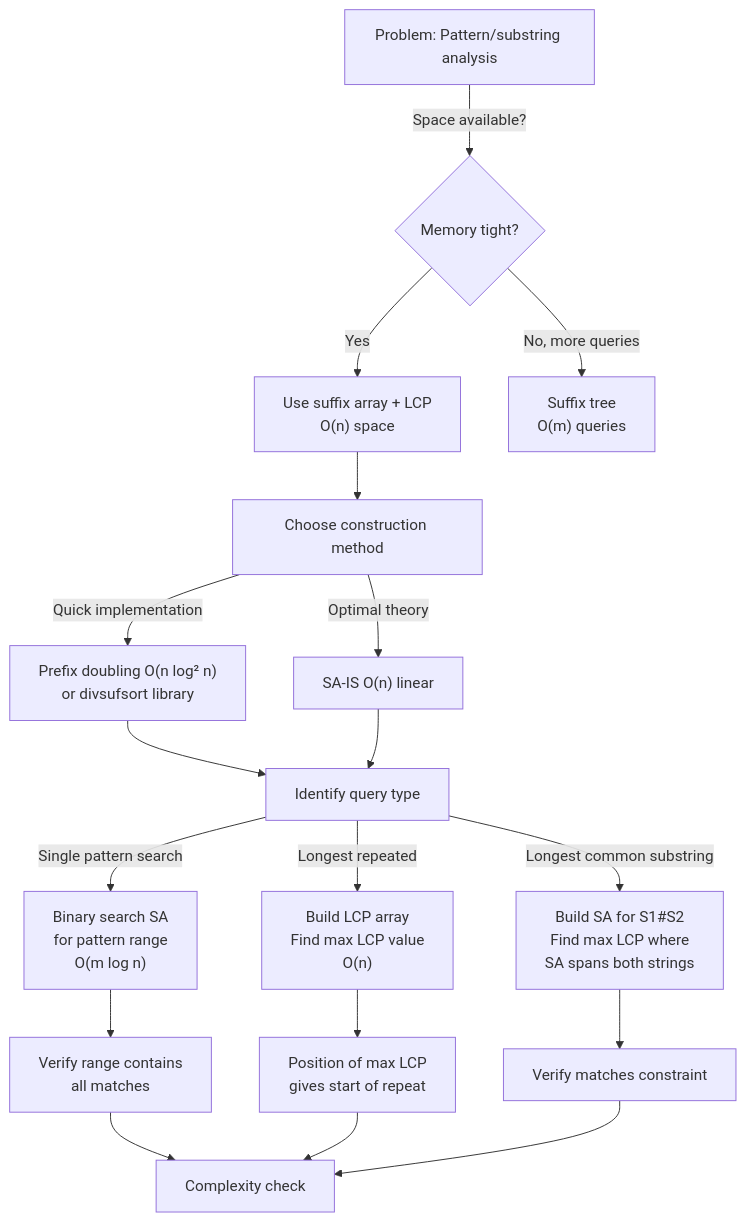
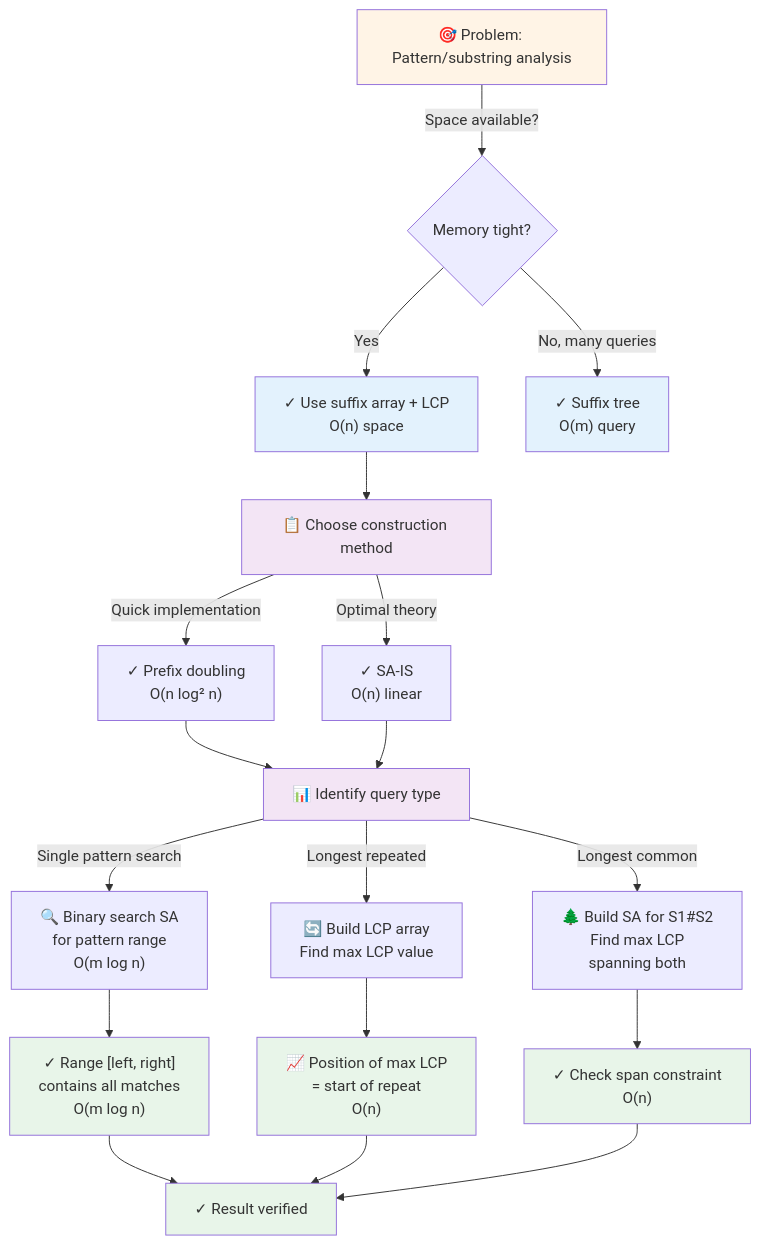
The first of 4 diagrams in docs/advanced_ds/suffix_array.md (souradeepta/interviewprep), drawn with Mermaid before and after one commit. The commit also changed other lines of this file and 35 other files, not shown here.

First line of the commit message:
Enhance all documentation with comprehensive Mermaid flowcharts and visualizations

````diff
--- a/docs/advanced_ds/suffix_array.md
+++ b/docs/advanced_ds/suffix_array.md
@@ -96,20 +96,30 @@
 ```mermaid
 flowchart TD
-    A["Problem: Pattern/substring analysis"] -->|Space available?| B{Memory tight?}
-    B -->|Yes| C["Use suffix array + LCP<br/>O(n) space"]
-    B -->|No, more queries| D["Suffix tree<br/>O(m) queries"]
-    C --> E["Choose construction method"]
-    E -->|Quick implementation| F["Prefix doubling O(n log² n)<br/>or divsufsort library"]
-    E -->|Optimal theory| G["SA-IS O(n) linear"]
-    F --> H["Identify query type"]
+    A["🎯 Problem: Pattern/substring analysis"] -->|Space available?| B{Memory tight?}
+    B -->|Yes| C["✓ Use suffix array + LCP<br/>O(n) space"]
+    B -->|No, many queries| D["✓ Suffix tree<br/>O(m) query"]
+    C --> E["📋 Choose construction method"]
+    E -->|Quick implementation| F["✓ Prefix doubling<br/>O(n log² n)"]
+    E -->|Optimal theory| G["✓ SA-IS<br/>O(n) linear"]
+    F --> H["📊 Identify query type"]
     G --> H
-    H -->|Single pattern search| I["Binary search SA<br/>for pattern range<br/>O(m log n)"]
-    H -->|Longest repeated| J["Build LCP array<br/>Find max LCP value<br/>O(n)"]
-    H -->|Longest common substring| K["Build SA for S1#S2<br/>Find max LCP where<br/>SA spans both strings"]
-    I --> L["Verify range contains<br/>all matches"]
-    J --> M["Position of max LCP<br/>gives start of repeat"]
-    K --> N["Verify matches constraint"]
-    L --> O["Complexity check"]
+    H -->|Single pattern search| I["🔍 Binary search SA<br/>for pattern range<br/>O(m log n)"]
+    H -->|Longest repeated| J["🔄 Build LCP array<br/>Find max LCP value"]
+    H -->|Longest common| K["🌲 Build SA for S1#S2<br/>Find max LCP<br/>spanning both"]
+    I --> L["✓ Range [left, right]<br/>contains all matches<br/>O(m log n)"]
+    J --> M["📈 Position of max LCP<br/>= start of repeat<br/>O(n)"]
+    K --> N["✓ Check span constraint<br/>O(n)"]
+    L --> O["✓ Result verified"]
     M --> O
     N --> O
+    
+    style A fill:#fff4e6
+    style C fill:#e3f2fd
+    style D fill:#e3f2fd
+    style E fill:#f3e5f5
+    style H fill:#f3e5f5
+    style L fill:#e8f5e9
+    style M fill:#e8f5e9
+    style N fill:#e8f5e9
+    style O fill:#e8f5e9
 ```
````
